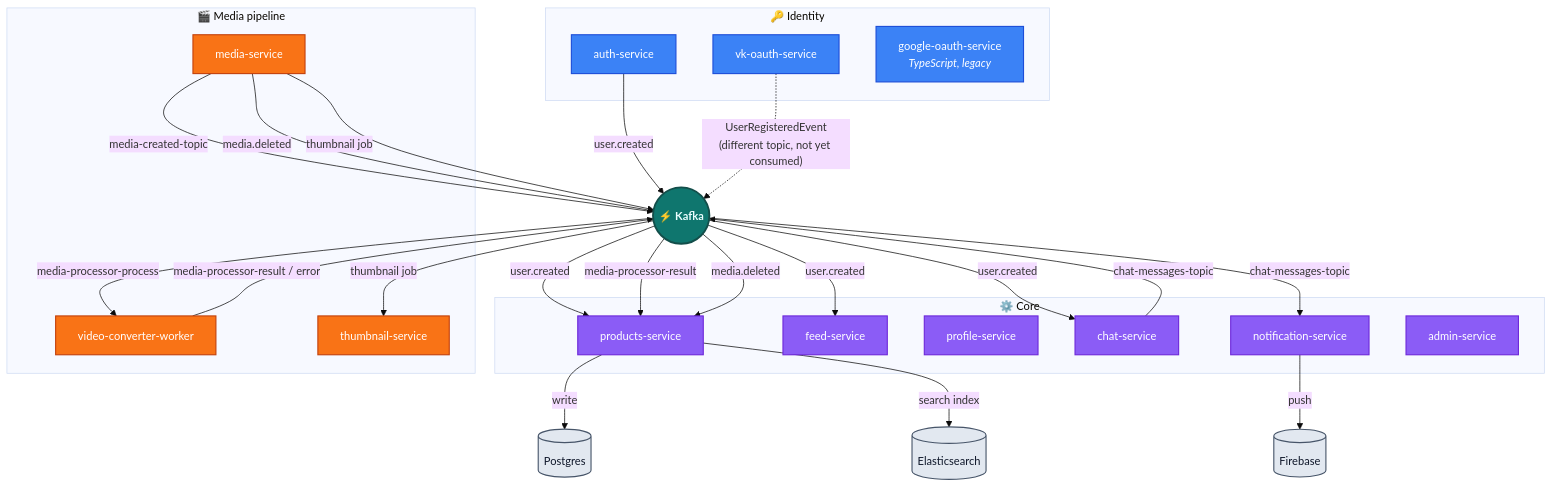
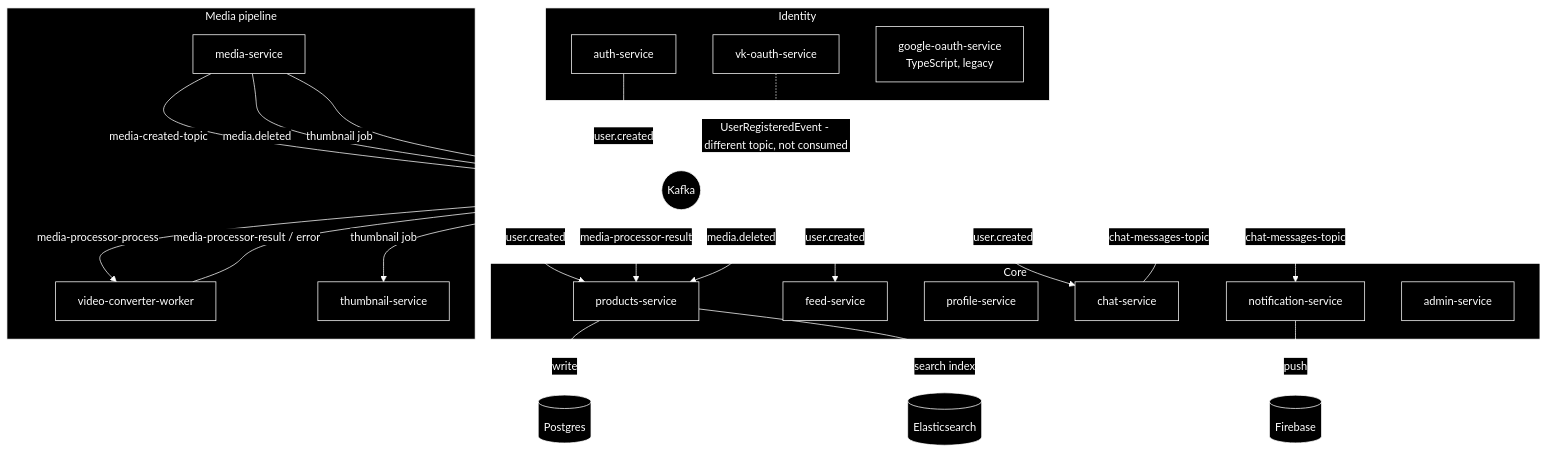
Before and after one commit to v3xtr/matreshka: the diagram in README.md, drawn with Mermaid.

Commit message:
docs: simplify diagram to plain monochrome, drop fancy syntax
Emoji subgraph titles and quoted text inside shape brackets
(e.g. [("Firebase")]) were likely tripping up GitHub's mermaid
renderer and silently dropping nodes. Switch to a flat black/white
theme via themeVariables and strip all emoji/HTML/quoting from
labels so the diagram renders reliably.

````diff
--- a/README.md
+++ b/README.md
@@ -27,61 +27,61 @@
 ```mermaid
-%%{init: {'theme':'base', 'themeVariables': {'fontSize':'15px'}}}%%
+%%{init: {'theme': 'base', 'themeVariables': {
+    'background': '#000000',
+    'primaryColor': '#000000',
+    'primaryTextColor': '#ffffff',
+    'primaryBorderColor': '#ffffff',
+    'lineColor': '#ffffff',
+    'secondaryColor': '#000000',
+    'tertiaryColor': '#000000',
+    'clusterBkg': '#000000',
+    'clusterBorder': '#ffffff',
+    'edgeLabelBackground': '#000000',
+    'fontSize': '15px'
+}}}%%
 flowchart TB
-    classDef identity fill:#3b82f6,stroke:#1d4ed8,stroke-width:1.5px,color:#ffffff
-    classDef core fill:#8b5cf6,stroke:#6d28d9,stroke-width:1.5px,color:#ffffff
-    classDef media fill:#f97316,stroke:#c2410c,stroke-width:1.5px,color:#ffffff
-    classDef broker fill:#0f766e,stroke:#134e4a,stroke-width:2.5px,color:#ecfeff,font-weight:bold
-    classDef store fill:#e2e8f0,stroke:#475569,stroke-width:1.5px,color:#0f172a
-
-    subgraph Identity["🔑 Identity"]
+    subgraph Identity
         AUTH[auth-service]
         VK[vk-oauth-service]
-        GOOGLE["google-oauth-service<br/><i>TypeScript, legacy</i>"]
+        GOOGLE[google-oauth-service<br/>TypeScript, legacy]
     end
 
-    subgraph Core["⚙️ Core"]
+    subgraph Core
         PRODUCTS[products-service]
         FEED[feed-service]
         PROFILE[profile-service]
         CHAT[chat-service]
         NOTIF[notification-service]
         ADMIN[admin-service]
     end
 
-    subgraph MediaPipeline["🎬 Media pipeline"]
+    subgraph MediaPipeline[Media pipeline]
         MEDIA[media-service]
         CONVERTER[video-converter-worker]
         THUMB[thumbnail-service]
     end
 
-    KAFKA(("⚡ Kafka"))
+    KAFKA((Kafka))
 
     AUTH -- user.created --> KAFKA
     KAFKA -- user.created --> PRODUCTS
     KAFKA -- user.created --> FEED
     KAFKA -- user.created --> CHAT
 
-    VK -. "UserRegisteredEvent<br/>(different topic, not yet consumed)" .-> KAFKA
+    VK -. UserRegisteredEvent - different topic, not consumed .-> KAFKA
 
     MEDIA -- media-created-topic --> KAFKA
     KAFKA -- media-processor-process --> CONVERTER
-    CONVERTER -- "media-processor-result / error" --> KAFKA
+    CONVERTER -- media-processor-result / error --> KAFKA
     KAFKA -- media-processor-result --> PRODUCTS
     MEDIA -- media.deleted --> KAFKA
     KAFKA -- media.deleted --> PRODUCTS
     MEDIA -- thumbnail job --> KAFKA
     KAFKA -- thumbnail job --> THUMB
 
     CHAT -- chat-messages-topic --> KAFKA
     KAFKA -- chat-messages-topic --> NOTIF
-    NOTIF -- push --> FCM[("Firebase")]
+    NOTIF -- push --> FCM[(Firebase)]
 
-    PRODUCTS -- write --> PG_P[("Postgres")]
-    PRODUCTS -- search index --> ES[("Elasticsearch")]
-
-    class AUTH,VK,GOOGLE identity
-    class PRODUCTS,FEED,PROFILE,CHAT,NOTIF,ADMIN core
-    class MEDIA,CONVERTER,THUMB media
-    class KAFKA broker
-    class PG_P,ES,FCM store
+    PRODUCTS -- write --> PG_P[(Postgres)]
+    PRODUCTS -- search index --> ES[(Elasticsearch)]
 ```
````
